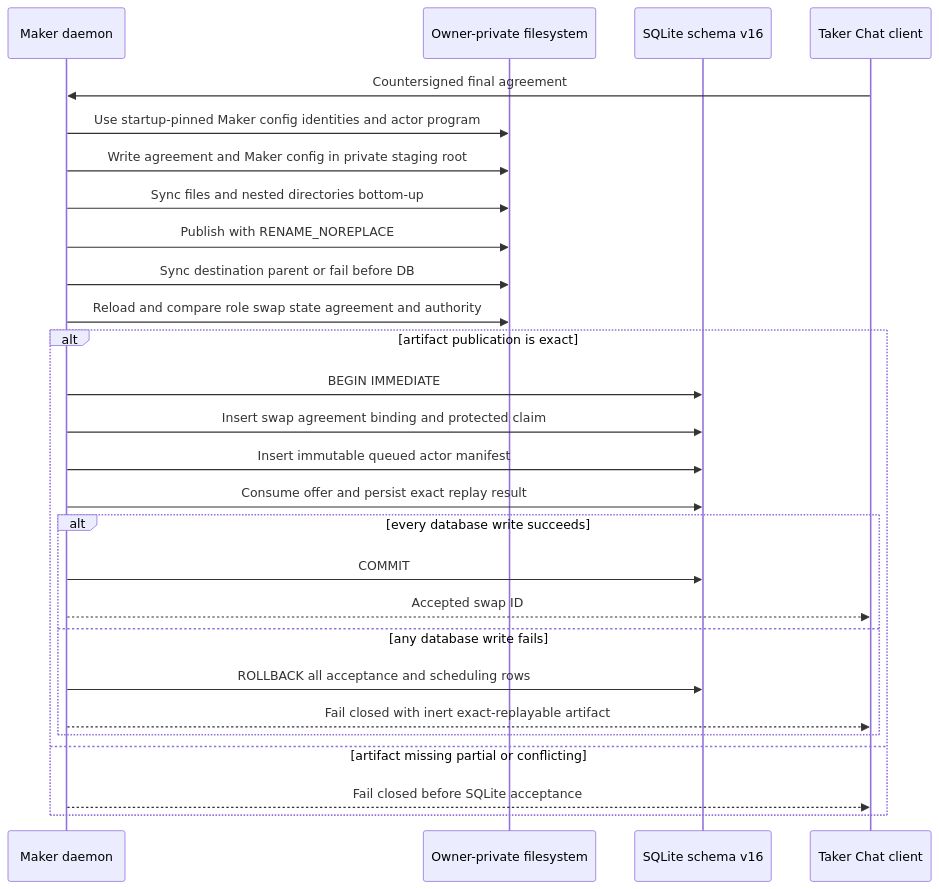
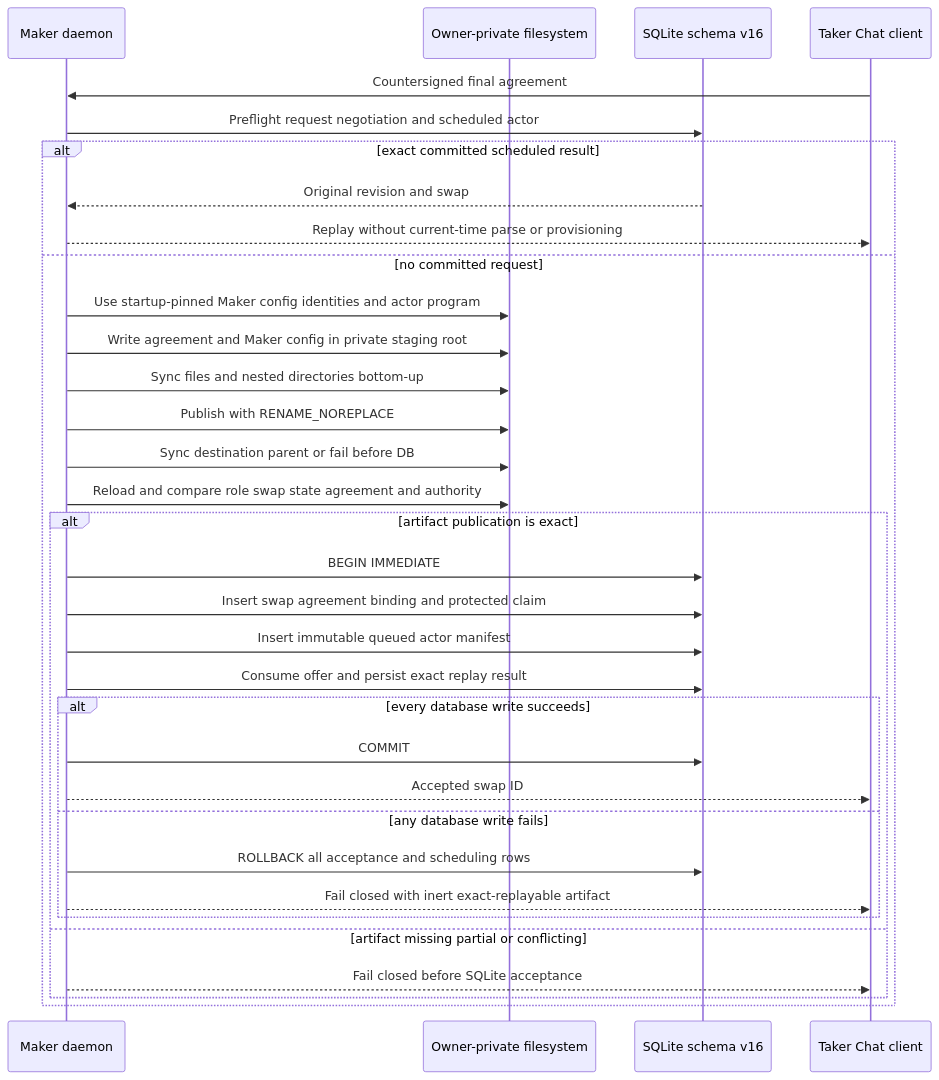
Before and after one commit to gateway-fm/lez-atomic-swaps: the first of 4 diagrams in docs/architecture/0100-fence-maker-actor-process-leases.md, drawn with Mermaid. The commit also changed other lines of this file and 16 other files, not shown here.

Commit message:
feat(m5): replay committed ZEC acceptance after expiry

````diff
--- a/docs/architecture/0100-fence-maker-actor-process-leases.md
+++ b/docs/architecture/0100-fence-maker-actor-process-leases.md
@@ -46,29 +56,35 @@
 ```mermaid
 sequenceDiagram
     participant D as Maker daemon
     participant F as Owner-private filesystem
     participant Q as SQLite schema v16
     participant T as Taker Chat client
     T->>D: Countersigned final agreement
+    D->>Q: Preflight request negotiation and scheduled actor
+    alt exact committed scheduled result
+        Q-->>D: Original revision and swap
+        D-->>T: Replay without current-time parse or provisioning
+    else no committed request
     D->>F: Use startup-pinned Maker config identities and actor program
     D->>F: Write agreement and Maker config in private staging root
     D->>F: Sync files and nested directories bottom-up
     D->>F: Publish with RENAME_NOREPLACE
     D->>F: Sync destination parent or fail before DB
     D->>F: Reload and compare role swap state agreement and authority
     alt artifact publication is exact
         D->>Q: BEGIN IMMEDIATE
         D->>Q: Insert swap agreement binding and protected claim
         D->>Q: Insert immutable queued actor manifest
         D->>Q: Consume offer and persist exact replay result
         alt every database write succeeds
             D->>Q: COMMIT
             D-->>T: Accepted swap ID
         else any database write fails
             D->>Q: ROLLBACK all acceptance and scheduling rows
             D-->>T: Fail closed with inert exact-replayable artifact
         end
     else artifact missing partial or conflicting
         D-->>T: Fail closed before SQLite acceptance
     end
+    end
 ```
````
